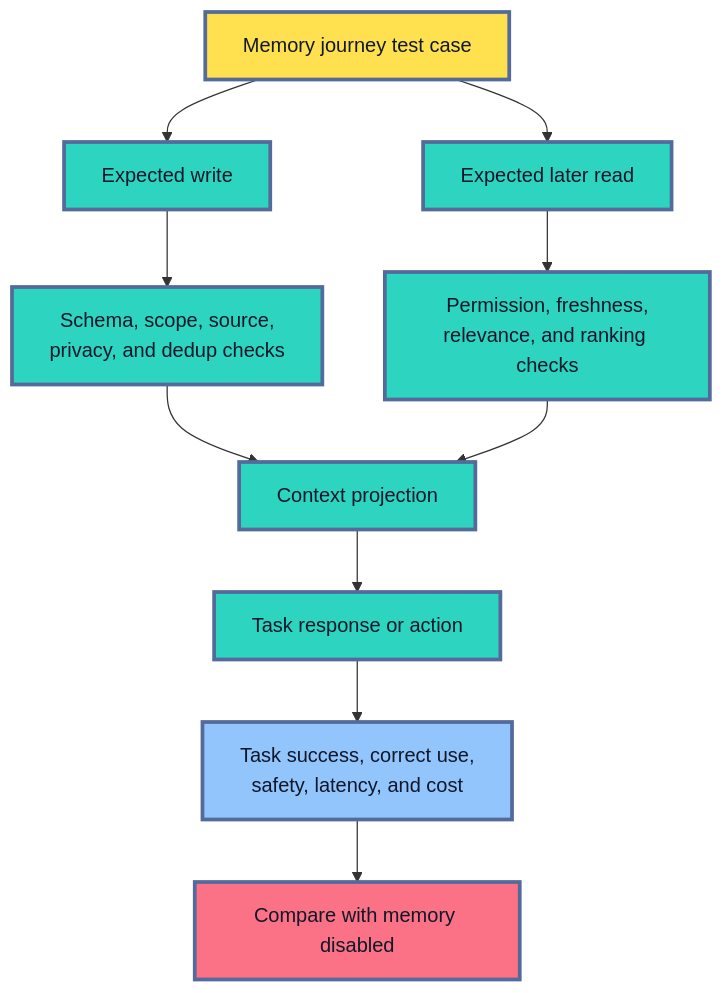
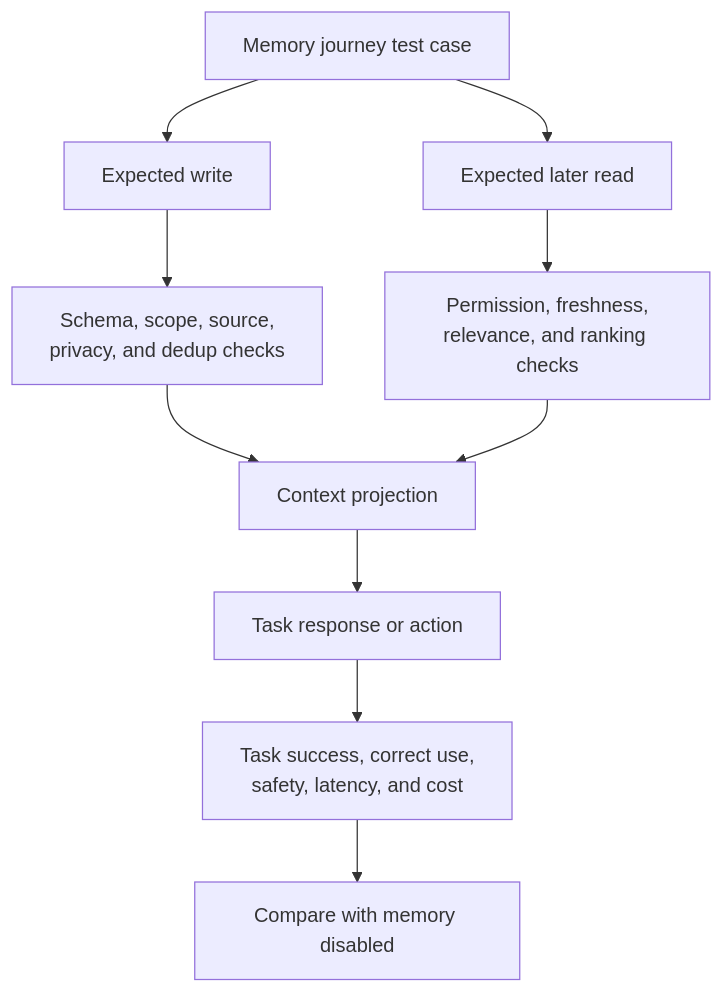
Diagram 11 of 14 in roadmaps/mlops/modules/llmops/context-engineering/03-memory-and-state.md (senlinyy/dev-roadmaps), drawn with Mermaid before and after one commit. The commit also changed other lines of this file and 152 other files, not shown here.

Commit message:
feat: mlops and diagrams updated

````diff
--- a/roadmaps/mlops/modules/llmops/context-engineering/03-memory-and-state.md
+++ b/roadmaps/mlops/modules/llmops/context-engineering/03-memory-and-state.md
@@ -671,21 +635,17 @@
 ```mermaid
 flowchart TD
     A["Memory journey test case"] --> B["Expected write"]
     A --> C["Expected later read"]
     B --> D["Schema, scope, source,<br/>privacy, and dedup checks"]
     C --> E["Permission, freshness,<br/>relevance, and ranking checks"]
     D --> F["Context projection"]
     E --> F
     F --> G["Task response or action"]
     G --> H["Task success, correct use,<br/>safety, latency, and cost"]
     H --> I["Compare with memory disabled"]
 
-    classDef case fill:#FFE04F,stroke:#536A9A,stroke-width:3px,color:#111827
-    classDef stage fill:#2DD4BF,stroke:#536A9A,stroke-width:3px,color:#0F172A
-    classDef result fill:#93C5FD,stroke:#536A9A,stroke-width:3px,color:#0F172A
-    classDef compare fill:#FB7185,stroke:#536A9A,stroke-width:3px,color:#111827
     class A case
     class B,C,D,E,F,G stage
     class H result
     class I compare
 ```
````
